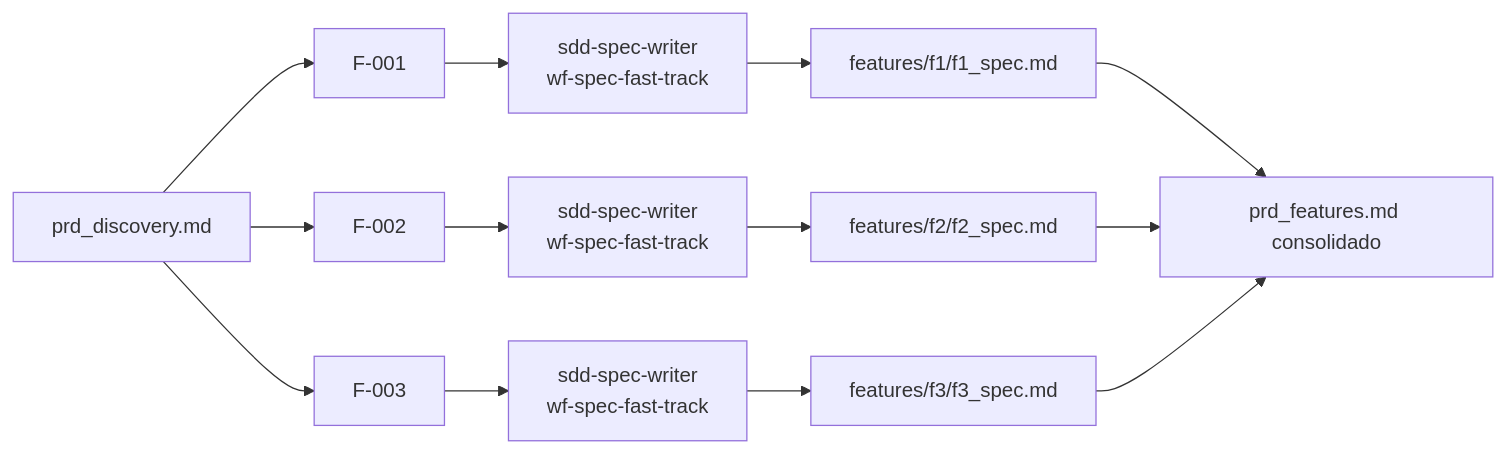
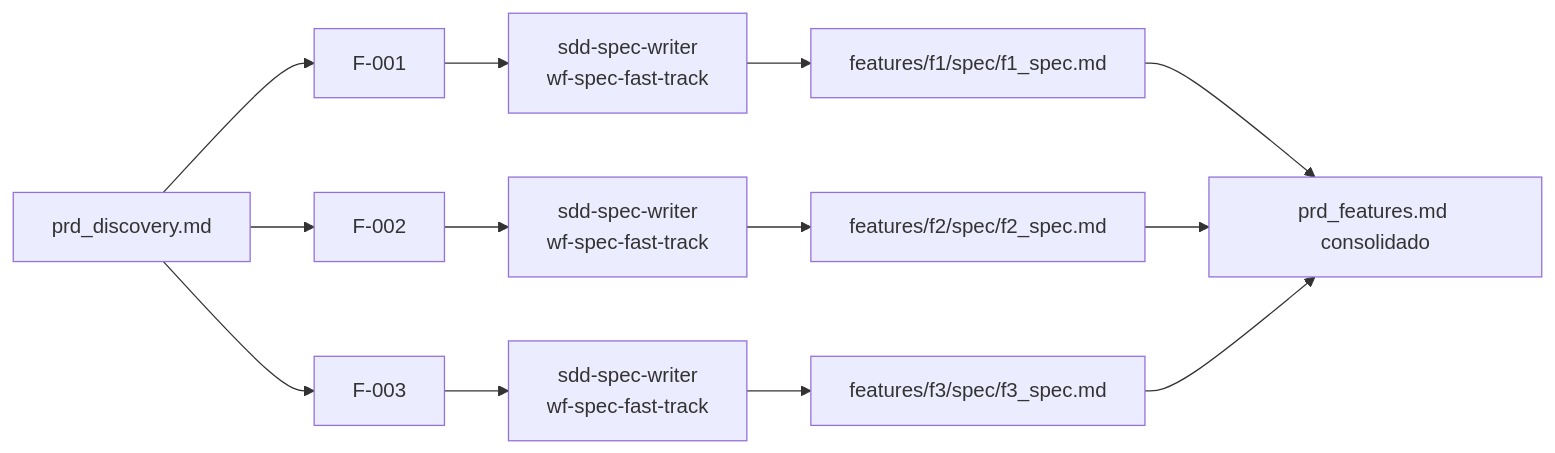
Before and after one commit to OspofeDeveloper/ai-dev-agents-lab: the third of 4 diagrams in sdd/spec/DIAGRAMS.md, drawn with Mermaid. The commit also changed other lines of this file and 25 other files, not shown here.

Commit message:
DONE: Implementar 10.2 y 10.4 ROADMAP

````diff
--- a/sdd/spec/DIAGRAMS.md
+++ b/sdd/spec/DIAGRAMS.md
@@ -88,19 +88,19 @@
 ```mermaid
 flowchart LR
     Discovery[prd_discovery.md]
     Discovery --> F1["F-001"]
     Discovery --> F2["F-002"]
     Discovery --> F3["F-003"]
 
     F1 --> A1["sdd-spec-writer<br/>wf-spec-fast-track"]
     F2 --> A2["sdd-spec-writer<br/>wf-spec-fast-track"]
     F3 --> A3["sdd-spec-writer<br/>wf-spec-fast-track"]
 
-    A1 --> S1["features/f1/f1_spec.md"]
-    A2 --> S2["features/f2/f2_spec.md"]
-    A3 --> S3["features/f3/f3_spec.md"]
+    A1 --> S1["features/f1/spec/f1_spec.md"]
+    A2 --> S2["features/f2/spec/f2_spec.md"]
+    A3 --> S3["features/f3/spec/f3_spec.md"]
 
     S1 --> Hub[prd_features.md consolidado]
     S2 --> Hub
     S3 --> Hub
 ```
````
